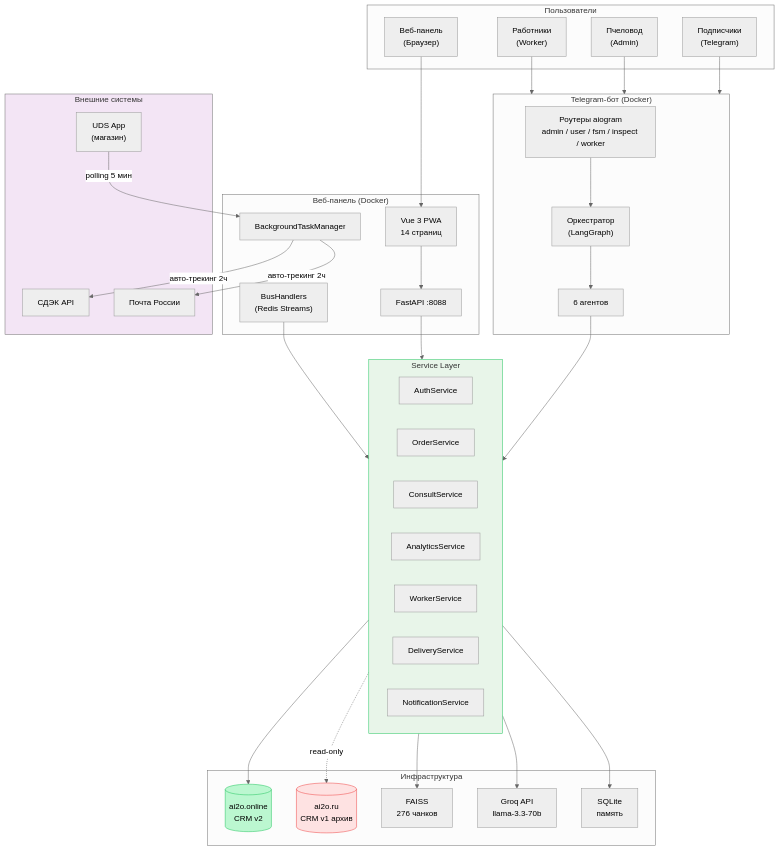
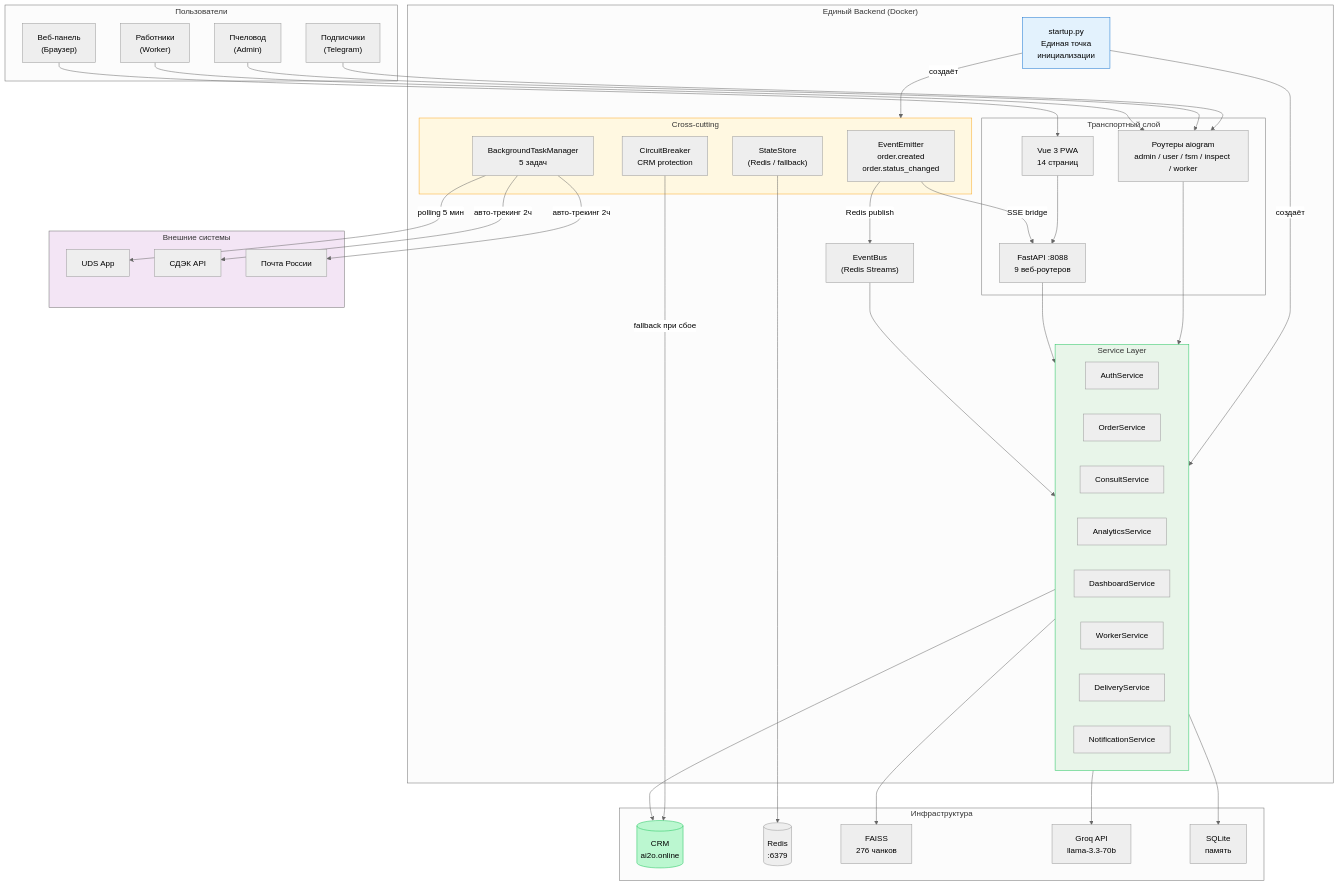
One commit to unidel2035/BEEBOT changed the first of 15 diagrams in docs/architecture.md. Above: the diagram before and after it, drawn with Mermaid (neutral theme). The commit also changed other lines of this file and 19 other files, not shown here.

First line of the commit message:
refactor: backend как единая точка входа — 7 шагов архитектурного рефакторинга

````diff
--- a/docs/architecture.md
+++ b/docs/architecture.md
@@ -9,64 +9,77 @@
 ```mermaid
 graph TB
     subgraph USERS["Пользователи"]
         U1["Подписчики<br/>(Telegram)"]
         U2["Пчеловод<br/>(Admin)"]
         U3["Работники<br/>(Worker)"]
         U4["Веб-панель<br/>(Браузер)"]
     end
 
-    subgraph BOT["Telegram-бот (Docker)"]
-        HANDLERS["Роутеры aiogram<br/>admin / user / fsm / inspect / worker"]
-        ORCH["Оркестратор<br/>(LangGraph)"]
-        AGENTS["6 агентов"]
-    end
+    subgraph UNIFIED["Единый Backend (Docker)"]
+        subgraph TRANSPORT["Транспортный слой"]
+            HANDLERS["Роутеры aiogram<br/>admin / user / fsm / inspect / worker"]
+            API["FastAPI :8088<br/>9 веб-роутеров"]
+            VUE["Vue 3 PWA<br/>14 страниц"]
+        end
 
-    subgraph SVC_LAYER["Service Layer"]
-        AUTH["AuthService"]
-        ORDER_SVC["OrderService"]
-        CONSULT["ConsultService"]
-        ANALYTICS["AnalyticsService"]
-        WORKER_SVC["WorkerService"]
-        DELIVERY_SVC["DeliveryService"]
-        NOTIFY["NotificationService"]
-    end
+        STARTUP["startup.py<br/>Единая точка<br/>инициализации"]
 
-    subgraph WEB["Веб-панель (Docker)"]
-        API["FastAPI :8088"]
-        VUE["Vue 3 PWA<br/>14 страниц"]
-        BUS["BusHandlers<br/>(Redis Streams)"]
-        BG["BackgroundTaskManager"]
+        subgraph SVC_LAYER["Service Layer"]
+            AUTH["AuthService"]
+            ORDER_SVC["OrderService"]
+            CONSULT["ConsultService"]
+            ANALYTICS["AnalyticsService"]
+            DASHBOARD["DashboardService"]
+            WORKER_SVC["WorkerService"]
+            DELIVERY_SVC["DeliveryService"]
+            NOTIFY["NotificationService"]
+        end
+
+        subgraph CROSS["Cross-cutting"]
+            EVENTS["EventEmitter<br/>order.created<br/>order.status_changed"]
+            BREAKER["CircuitBreaker<br/>CRM protection"]
+            STATE["StateStore<br/>(Redis / fallback)"]
+            BG["BackgroundTaskManager<br/>5 задач"]
+        end
+
+        BUS["EventBus<br/>(Redis Streams)"]
     end
 
     subgraph INFRA["Инфраструктура"]
-        CRM_V2[("ai2o.online<br/>CRM v2")]
-        CRM_V1[("ai2o.ru<br/>CRM v1 архив")]
+        CRM[("CRM<br/>ai2o.online")]
+        REDIS[("Redis<br/>:6379")]
         KB["FAISS<br/>276 чанков"]
         LLM["Groq API<br/>llama-3.3-70b"]
         MEM["SQLite<br/>память"]
     end
 
     subgraph EXTERNAL["Внешние системы"]
-        UDS_API["UDS App<br/>(магазин)"]
+        UDS_API["UDS App"]
         CDEK_A["СДЭК API"]
         POCHTA_A["Почта России"]
     end
 
-    U1 & U2 & U3 --> BOT
+    U1 & U2 & U3 --> HANDLERS
     U4 --> VUE --> API
 
-    HANDLERS --> ORCH --> AGENTS
-    AGENTS --> SVC_LAYER
+    STARTUP -->|"создаёт"| SVC_LAYER
+    STARTUP -->|"создаёт"| CROSS
+
+    HANDLERS --> SVC_LAYER
     API --> SVC_LAYER
     BUS --> SVC_LAYER
-    SVC_LAYER --> KB & LLM & MEM & CRM_V2
-    SVC_LAYER -.->|"read-only"| CRM_V1
 
-    UDS_API -->|"polling 5 мин"| BG
+    SVC_LAYER --> KB & LLM & MEM & CRM
+    EVENTS -->|"SSE bridge"| API
+    EVENTS -->|"Redis publish"| BUS
+    STATE --> REDIS
+    BREAKER -->|"fallback при сбое"| CRM
+    BG -->|"polling 5 мин"| UDS_API
     BG -->|"авто-трекинг 2ч"| CDEK_A & POCHTA_A
 
     style SVC_LAYER fill:#e8f5e9,stroke:#22c55e
-    style CRM_V2 fill:#bbf7d0,stroke:#22c55e
-    style CRM_V1 fill:#fee2e2,stroke:#ef4444
+    style CROSS fill:#fff8e1,stroke:#f9a825
+    style CRM fill:#bbf7d0,stroke:#22c55e
     style EXTERNAL fill:#f3e5f5
+    style STARTUP fill:#e3f2fd,stroke:#1976d2
 ```
````
